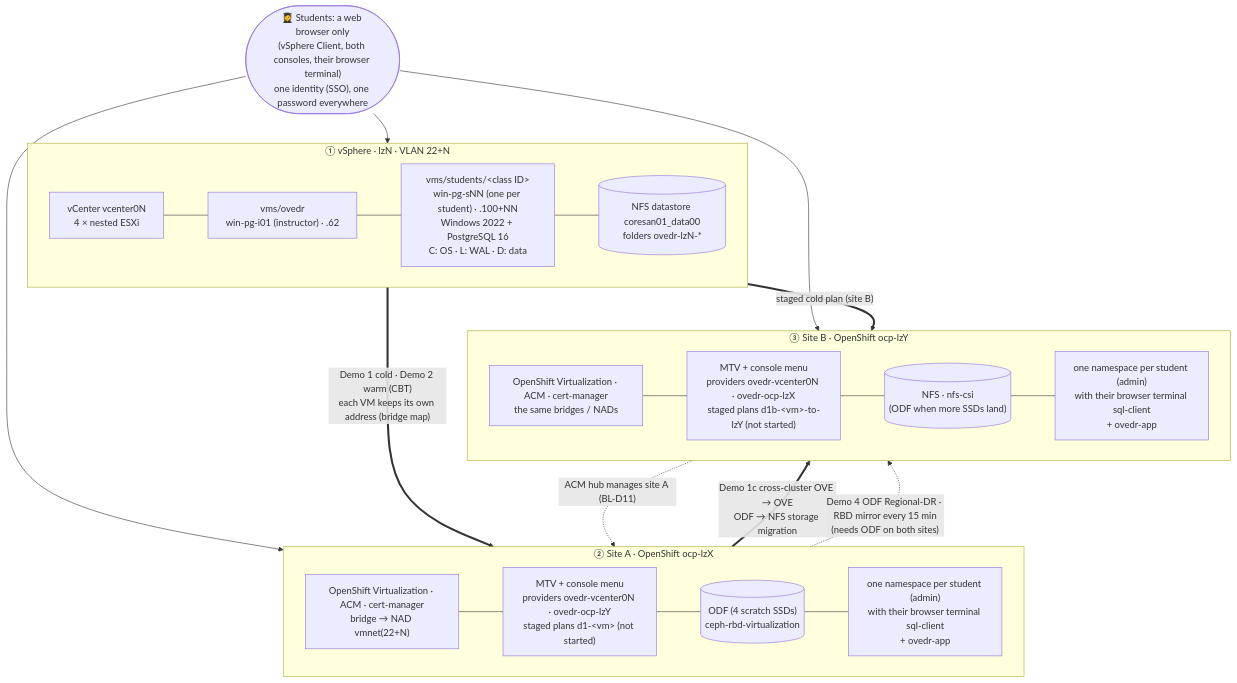
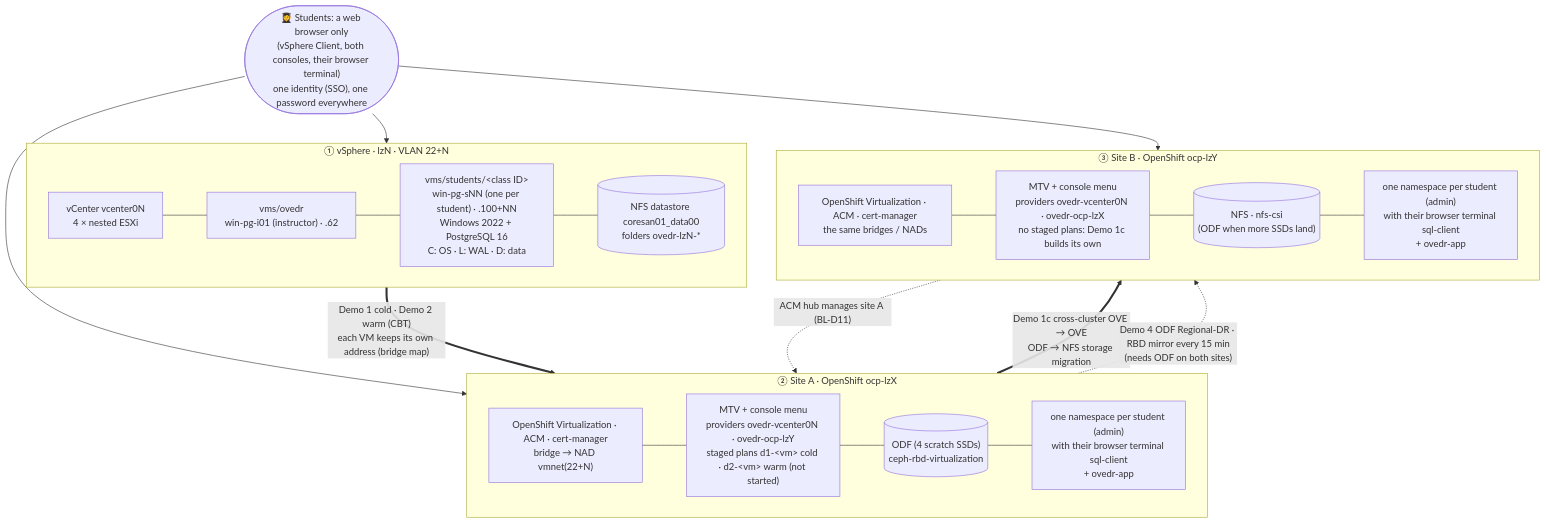
One commit to paragonmicro-lab/demo-0024-public changed the diagram in docs/demos/lab-diagram.md. Above: the diagram before and after it, drawn with Mermaid. The commit also changed other lines of this file and 12 other files, not shown here.

````diff
--- a/docs/demos/lab-diagram.md
+++ b/docs/demos/lab-diagram.md
@@ -20,40 +20,39 @@
 ```mermaid
 flowchart TB
   STU(["👩‍🎓 Students: a web browser only<br/>(vSphere Client, both consoles, their browser terminal)<br/>one identity (SSO), one password everywhere"])
 
   subgraph VS["① vSphere · lzN · VLAN 22+N"]
     direction LR
     VC["vCenter vcenter0N<br/>4 × nested ESXi"]
     VMI["vms/ovedr<br/>win-pg-i01 (instructor) · .62"]
     VMS["vms/students/&lt;class ID&gt;<br/>win-pg-sNN (one per student) · .100+NN<br/>Windows 2022 + PostgreSQL 16<br/>C: OS · L: WAL · D: data"]
     DS[("NFS datastore coresan01_data00<br/>folders ovedr-lzN-*")]
     VC --- VMI --- VMS --- DS
   end
 
   subgraph A["② Site A · OpenShift ocp-lzX"]
     direction LR
     A1["OpenShift Virtualization · ACM · cert-manager<br/>bridge → NAD vmnet(22+N)"]
-    A2["MTV + console menu<br/>providers ovedr-vcenter0N · ovedr-ocp-lzY<br/>staged plans d1-&lt;vm&gt; (not started)"]
+    A2["MTV + console menu<br/>providers ovedr-vcenter0N · ovedr-ocp-lzY<br/>staged plans d1-&lt;vm&gt; cold · d2-&lt;vm&gt; warm (not started)"]
     A3[("ODF (4 scratch SSDs)<br/>ceph-rbd-virtualization")]
     A4["one namespace per student (admin)<br/>with their browser terminal sql-client<br/>+ ovedr-app"]
     A1 --- A2 --- A3 --- A4
   end
 
   subgraph B["③ Site B · OpenShift ocp-lzY"]
     direction LR
     B1["OpenShift Virtualization · ACM · cert-manager<br/>the same bridges / NADs"]
-    B2["MTV + console menu<br/>providers ovedr-vcenter0N · ovedr-ocp-lzX<br/>staged plans d1b-&lt;vm&gt;-to-lzY (not started)"]
+    B2["MTV + console menu<br/>providers ovedr-vcenter0N · ovedr-ocp-lzX<br/>no staged plans: Demo 1c builds its own"]
     B3[("NFS · nfs-csi<br/>(ODF when more SSDs land)")]
     B4["one namespace per student (admin)<br/>with their browser terminal sql-client<br/>+ ovedr-app"]
     B1 --- B2 --- B3 --- B4
   end
 
   STU --> VS
   STU --> A
   STU --> B
   VS == "Demo 1 cold · Demo 2 warm (CBT)<br/>each VM keeps its own address (bridge map)" ==> A
-  VS == "staged cold plan (site B)" ==> B
   A == "Demo 1c cross-cluster OVE → OVE<br/>ODF → NFS storage migration" ==> B
   A -. "Demo 4 ODF Regional-DR · RBD mirror every 15 min<br/>(needs ODF on both sites)" .-> B
   B -. "ACM hub manages site A (BL-D11)" .-> A
 ```
````
